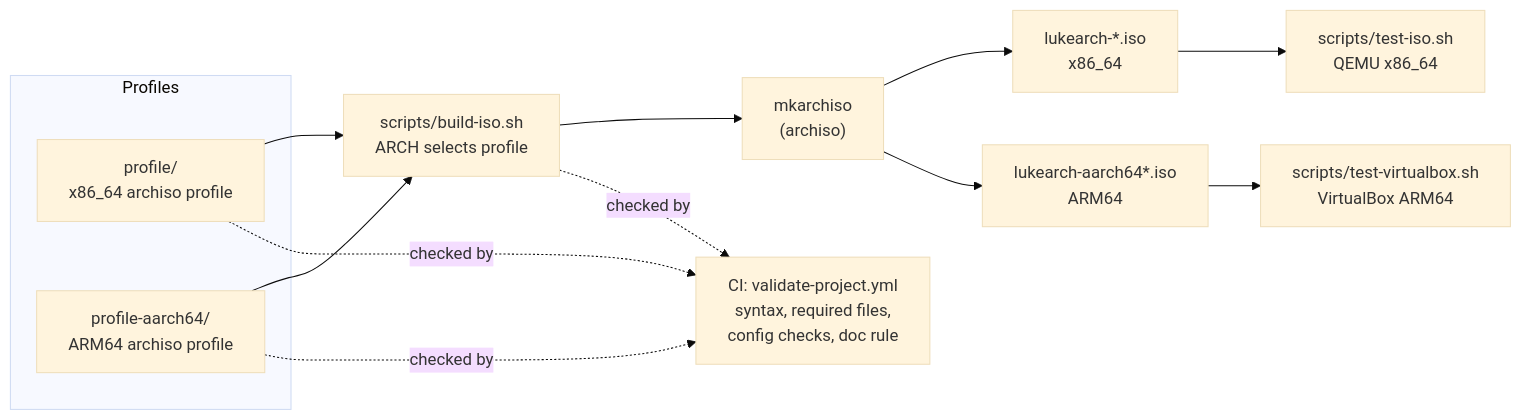
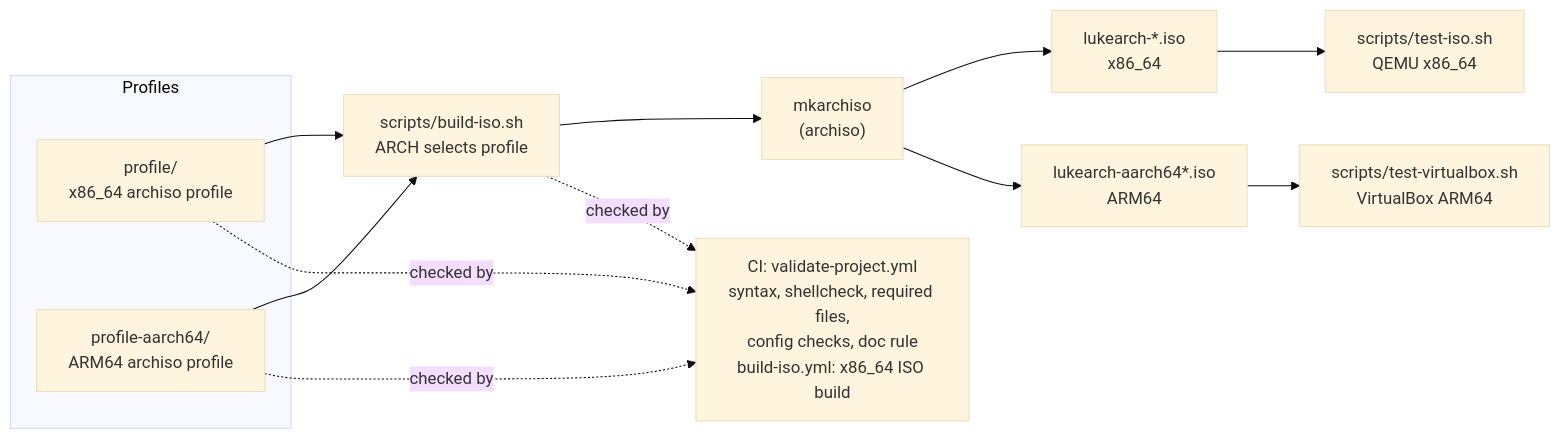
One commit to lukecarnold-jpg/lukearch changed the first of 3 diagrams in STRUCTURE.md. Above: the diagram before and after it, drawn with Mermaid (base theme). The commit also changed other lines of this file and 26 other files, not shown here.

````diff
--- a/STRUCTURE.md
+++ b/STRUCTURE.md
@@ -21,29 +21,29 @@
 ```mermaid
 flowchart LR
     subgraph Profiles
         P64["profile/<br/>x86_64 archiso profile"]
         PA["profile-aarch64/<br/>ARM64 archiso profile"]
     end
 
     BUILD["scripts/build-iso.sh<br/>ARCH selects profile"]
     MKA["mkarchiso<br/>(archiso)"]
     ISO64["lukearch-*.iso<br/>x86_64"]
     ISOA["lukearch-aarch64*.iso<br/>ARM64"]
 
     QEMU["scripts/test-iso.sh<br/>QEMU x86_64"]
     VBOX["scripts/test-virtualbox.sh<br/>VirtualBox ARM64"]
 
-    CI["CI: validate-project.yml<br/>syntax, required files,<br/>config checks, doc rule"]
+    CI["CI: validate-project.yml<br/>syntax, shellcheck, required files,<br/>config checks, doc rule<br/>build-iso.yml: x86_64 ISO build"]
 
     P64 --> BUILD
     PA --> BUILD
     BUILD --> MKA
     MKA --> ISO64
     MKA --> ISOA
     ISO64 --> QEMU
     ISOA --> VBOX
 
     P64 -. checked by .-> CI
     PA -. checked by .-> CI
     BUILD -. checked by .-> CI
 ```
````
